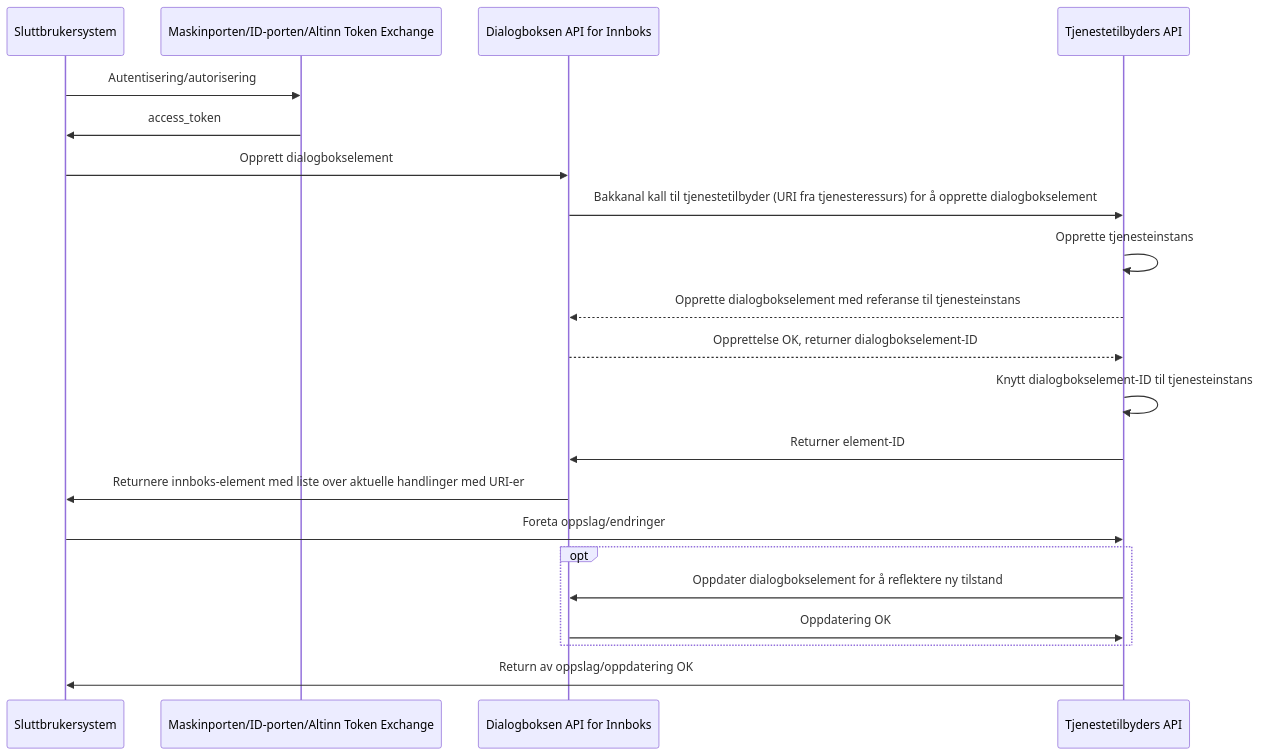
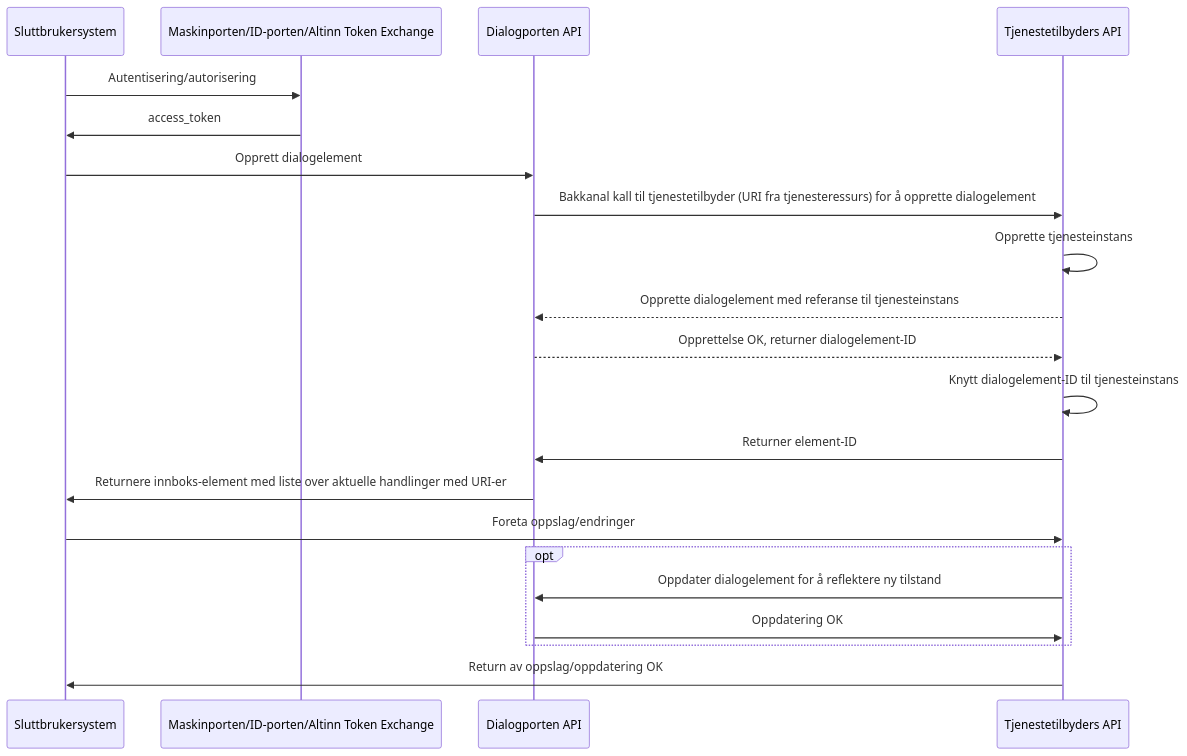
The fifth of 6 diagrams in dialogporten.md (elsand/elsand.github.io), drawn with Mermaid before and after one commit. The commit also changed other lines of this file and 1 other file, not shown here.

````diff
--- a/dialogporten.md
+++ b/dialogporten.md
@@ -383,23 +385,23 @@
 ```mermaid!
 sequenceDiagram
     participant SBS as Sluttbrukersystem
     participant EID as Maskinporten/ID-porten/Altinn Token Exchange
-    participant API as Dialogboksen API for Innboks
+    participant API as Dialogporten API
     participant TEAPI as Tjenestetilbyders API
 SBS->>EID: Autentisering/autorisering
 EID->>SBS: access_token
-SBS->>API: Opprett dialogbokselement
-API->>TEAPI: Bakkanal kall til tjenestetilbyder (URI fra tjenesteressurs) for å opprette dialogbokselement
+SBS->>API: Opprett dialogelement
+API->>TEAPI: Bakkanal kall til tjenestetilbyder (URI fra tjenesteressurs) for å opprette dialogelement
 TEAPI->>TEAPI: Opprette tjenesteinstans
-TEAPI-->>API: Opprette dialogbokselement med referanse til tjenesteinstans
-API-->>TEAPI: Opprettelse OK, returner dialogbokselement-ID
-TEAPI->>TEAPI: Knytt dialogbokselement-ID til tjenesteinstans
+TEAPI-->>API: Opprette dialogelement med referanse til tjenesteinstans
+API-->>TEAPI: Opprettelse OK, returner dialogelement-ID
+TEAPI->>TEAPI: Knytt dialogelement-ID til tjenesteinstans
 TEAPI->>API: Returner element-ID
 API->>SBS: Returnere innboks-element med liste over aktuelle handlinger med URI-er
 SBS->>TEAPI: Foreta oppslag/endringer
 opt
-    TEAPI->>API: Oppdater dialogbokselement for å reflektere ny tilstand
+    TEAPI->>API: Oppdater dialogelement for å reflektere ny tilstand
     API->>TEAPI: Oppdatering OK
 end
 TEAPI->>SBS: Return av oppslag/oppdatering OK
 ```
````
